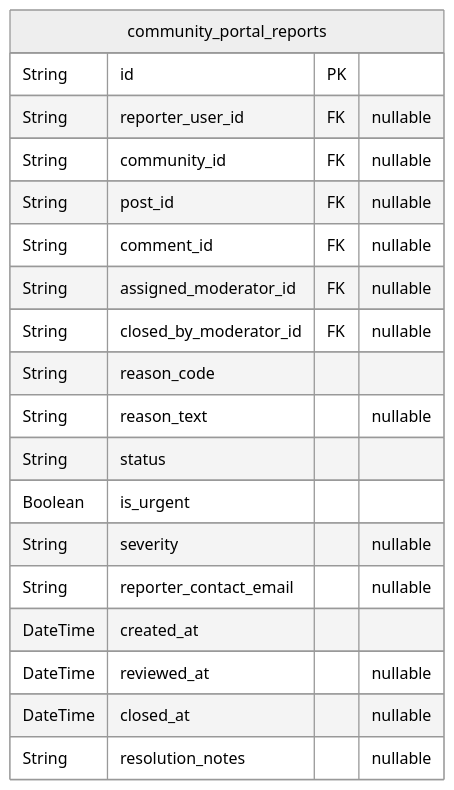
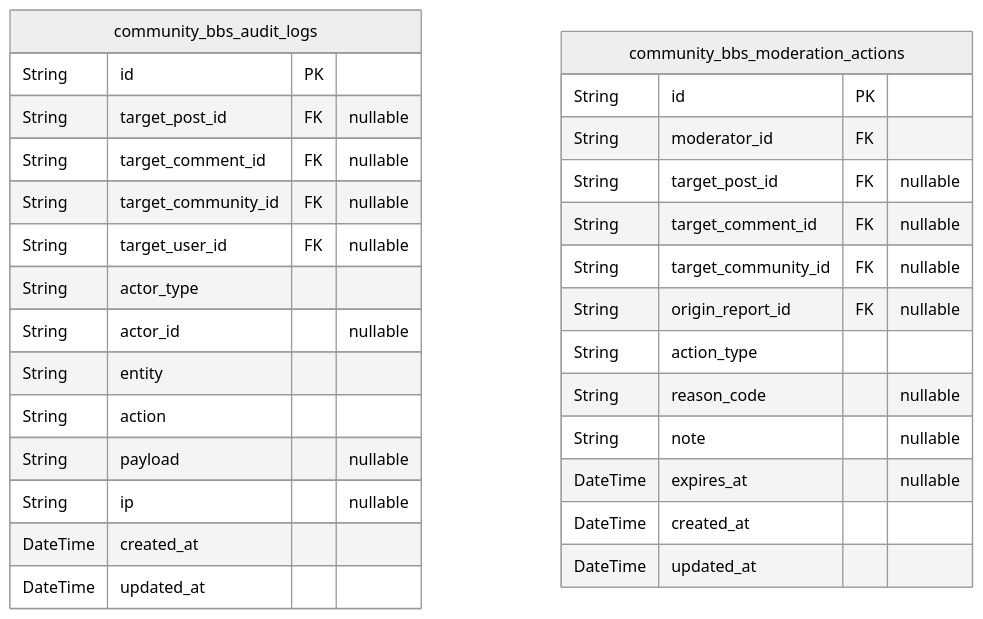
One commit to wrtnlabs/autobe-examples changed the tenth of 11 diagrams in openai/gpt-5-mini/reddit/docs/ERD.md. Above: the diagram before and after it, drawn with Mermaid (neutral theme). The commit also changed other lines of this file and 16146 other files, not shown here.

````diff
--- a/openai/gpt-5-mini/reddit/docs/ERD.md
+++ b/openai/gpt-5-mini/reddit/docs/ERD.md
@@ -395,22 +1406,32 @@
 ```mermaid
 erDiagram
-"community_portal_reports" {
+"community_bbs_audit_logs" {
   String id PK
-  String reporter_user_id FK "nullable"
-  String community_id FK "nullable"
-  String post_id FK "nullable"
-  String comment_id FK "nullable"
-  String assigned_moderator_id FK "nullable"
-  String closed_by_moderator_id FK "nullable"
-  String reason_code
-  String reason_text "nullable"
-  String status
-  Boolean is_urgent
-  String severity "nullable"
-  String reporter_contact_email "nullable"
+  String target_post_id FK "nullable"
+  String target_comment_id FK "nullable"
+  String target_community_id FK "nullable"
+  String target_user_id FK "nullable"
+  String actor_type
+  String actor_id "nullable"
+  String entity
+  String action
+  String payload "nullable"
+  String ip "nullable"
   DateTime created_at
-  DateTime reviewed_at "nullable"
-  DateTime closed_at "nullable"
-  String resolution_notes "nullable"
+  DateTime updated_at
+}
+"community_bbs_moderation_actions" {
+  String id PK
+  String moderator_id FK
+  String target_post_id FK "nullable"
+  String target_comment_id FK "nullable"
+  String target_community_id FK "nullable"
+  String origin_report_id FK "nullable"
+  String action_type
+  String reason_code "nullable"
+  String note "nullable"
+  DateTime expires_at "nullable"
+  DateTime created_at
+  DateTime updated_at
 }
 ```
````
